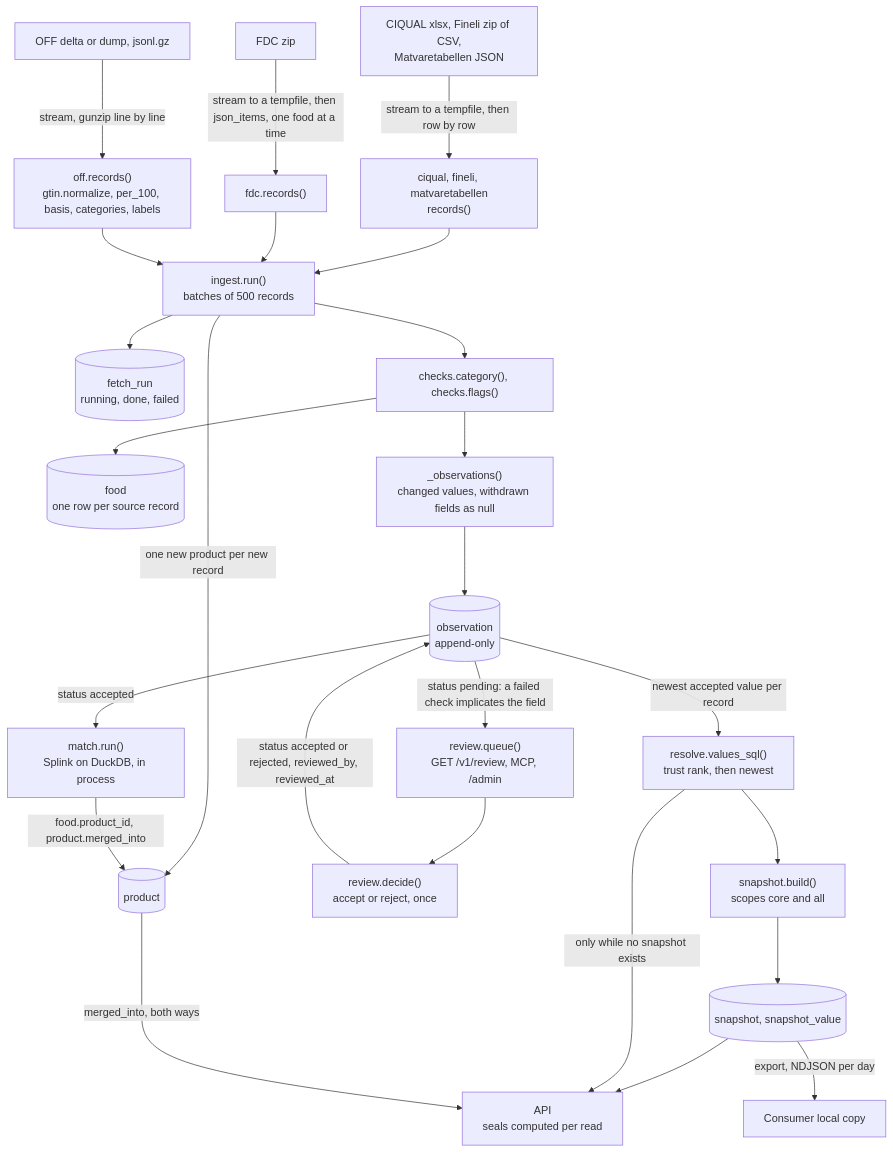
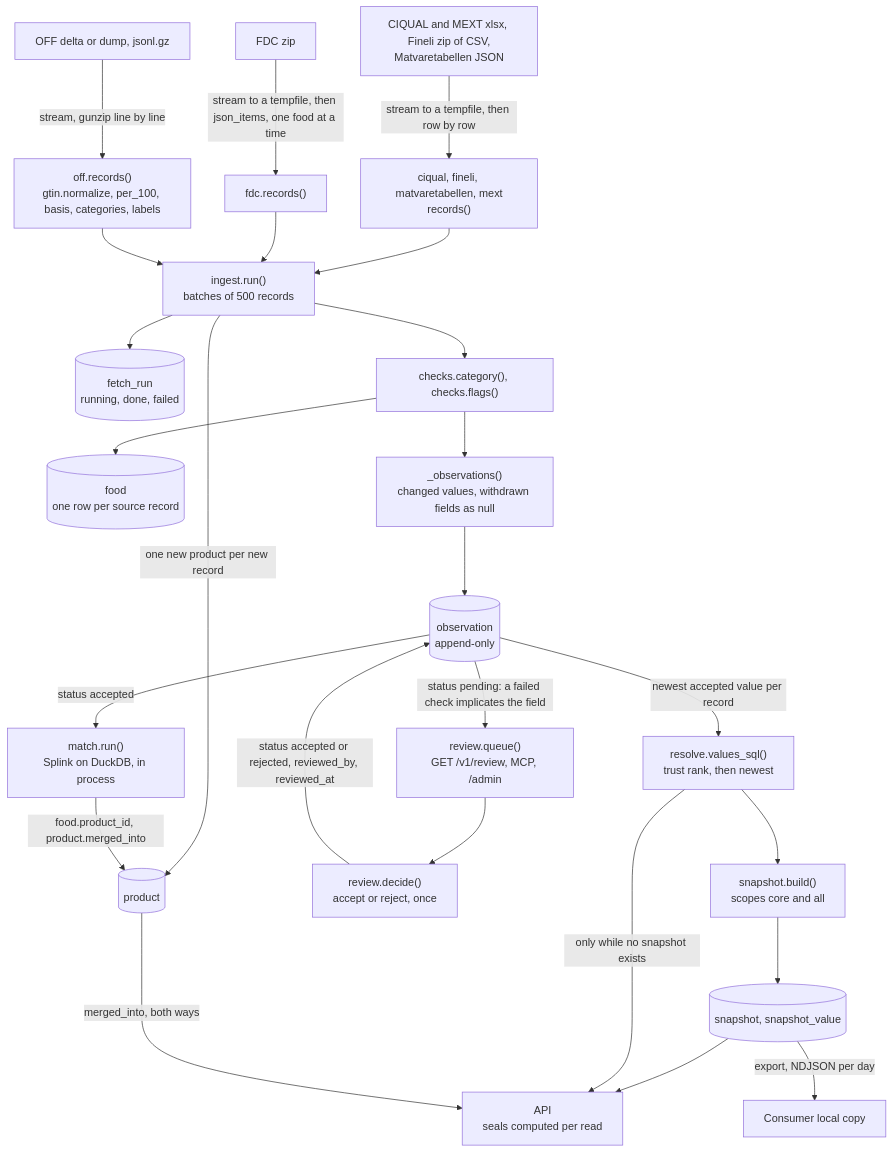
Before and after one commit to eait-fit/fooddb: the third of 19 diagrams in docs/architecture.md, drawn with Mermaid. The commit also changed other lines of this file and 18 other files, not shown here.

````diff
--- a/docs/architecture.md
+++ b/docs/architecture.md
@@ -157,27 +158,27 @@
 ```mermaid
 flowchart TD
     fdcsrc["FDC zip"] -->|"stream to a tempfile, then json_items, one food at a time"| fdcrec["fdc.records()"]
-    tabsrc["CIQUAL xlsx, Fineli zip of CSV,<br/>Matvaretabellen JSON"] -->|"stream to a tempfile, then row by row"| tabrec["ciqual, fineli, matvaretabellen<br/>records()"]
+    tabsrc["CIQUAL and MEXT xlsx, Fineli zip of CSV,<br/>Matvaretabellen JSON"] -->|"stream to a tempfile, then row by row"| tabrec["ciqual, fineli, matvaretabellen, mext<br/>records()"]
     tabrec --> run
     offsrc["OFF delta or dump, jsonl.gz"] -->|"stream, gunzip line by line"| offrec["off.records()<br/>gtin.normalize, per_100, basis, categories, labels"]
     fdcrec --> run["ingest.run()<br/>batches of 500 records"]
     offrec --> run
     run --> fr[("fetch_run<br/>running, done, failed")]
     run -->|"one new product per new record"| prod[("product")]
     run --> chk["checks.category(), checks.flags()"]
     chk --> foodt[("food<br/>one row per source record")]
     chk --> diff["_observations()<br/>changed values, withdrawn fields as null"]
     diff --> obs[("observation<br/>append-only")]
     obs -->|"status pending: a failed check implicates the field"| queue["review.queue()<br/>GET /v1/review, MCP, /admin"]
     queue --> decide["review.decide()<br/>accept or reject, once"]
     decide -->|"status accepted or rejected, reviewed_by, reviewed_at"| obs
     obs -->|"status accepted"| match["match.run()<br/>Splink on DuckDB, in process"]
     match -->|"food.product_id, product.merged_into"| prod
     obs -->|"newest accepted value per record"| resolver["resolve.values_sql()<br/>trust rank, then newest"]
     resolver --> snap["snapshot.build()<br/>scopes core and all"]
     snap --> sv[("snapshot, snapshot_value")]
     sv --> api["API<br/>seals computed per read"]
     sv -->|"export, NDJSON per day"| consumer["Consumer local copy"]
     resolver -->|"only while no snapshot exists"| api
     prod -->|"merged_into, both ways"| api
 ```
````
